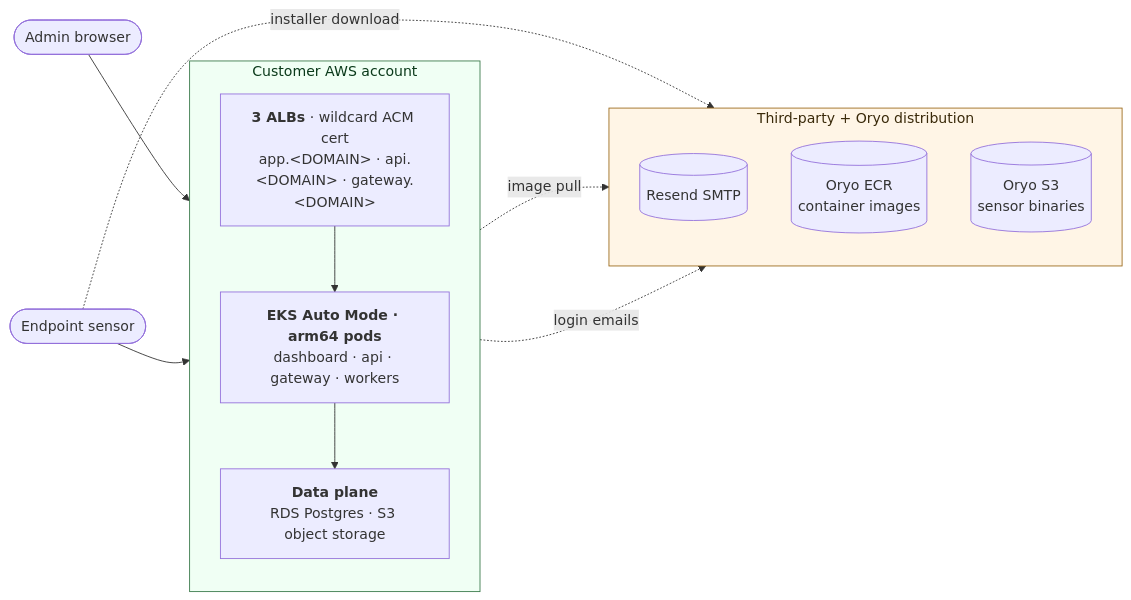
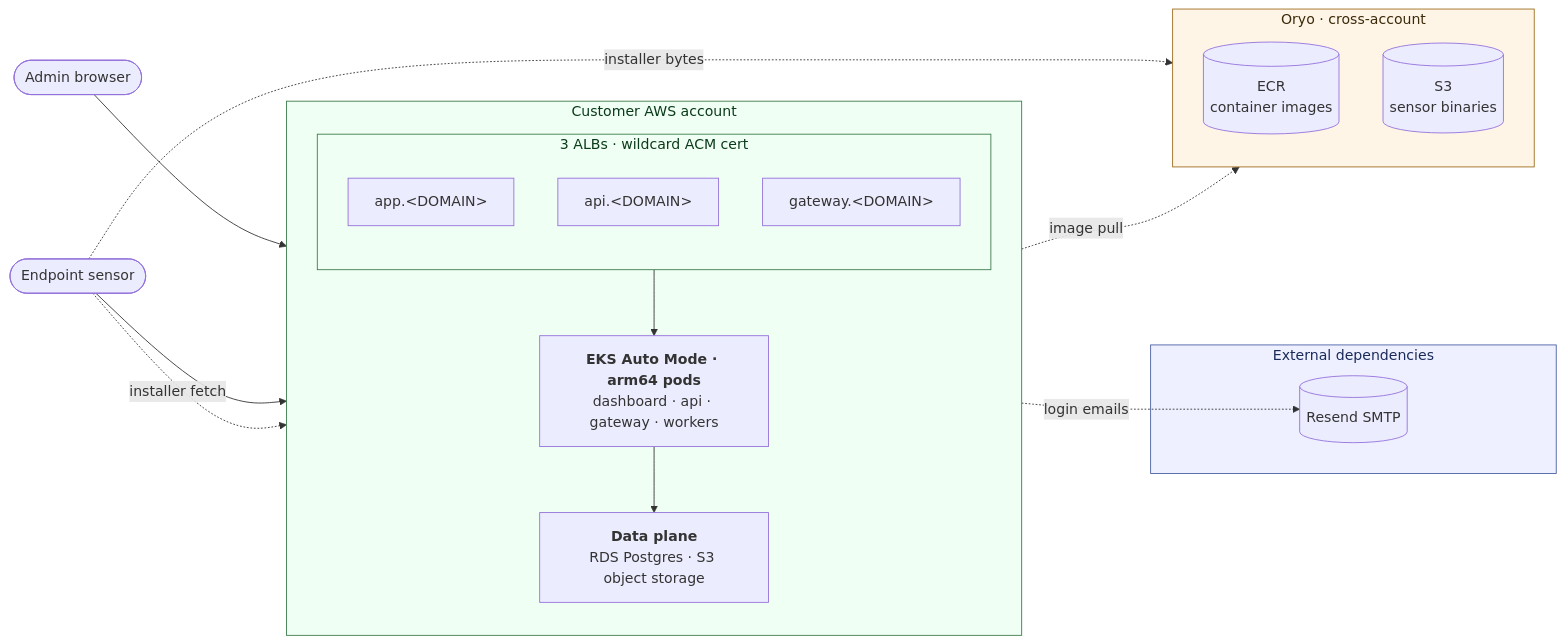
One commit to oryo-identity/oryo-private-deploy changed the diagram in customer/README.md. Above: the diagram before and after it, drawn with Mermaid. The commit also changed other lines of this file, not shown here.

Commit message:
README: diagram — split ALBs, separate Oryo from External dependencies
Per reviewer feedback:
- Split the single "3 ALBs" box back into 3 distinct ALB nodes so the
  diagram can show that admin browser only ever talks to app.<DOMAIN>,
  and the sensor's runtime vs install-time paths land on different
  subdomains (gateway vs api).
- Split "Third-party + Oryo distribution" into two boxes: External
  dependencies (Resend) and Oryo · cross-account (ECR + binaries S3).
  Resend is a customer-facing third party; Oryo's distribution surface
  is conceptually different.
- Two-hop installer flow now explicit: sensor → api.<DOMAIN> (fetch the
  install script) → sensor downloads bytes directly from Oryo S3.
- Tightened the "Reading the diagram" prose accordingly.

Verified locally with mmdc — clean LR layout, no crossing wires, only
one long line (sensor → installer bytes) that's clearly labeled.

````diff
--- a/customer/README.md
+++ b/customer/README.md
@@ -13,31 +13,42 @@
 ```mermaid
 flowchart LR
     BROWSER([Admin browser])
     SENSOR([Endpoint sensor])
 
     subgraph CUST["Customer AWS account"]
         direction TB
-        ING["<b>3 ALBs</b> · wildcard ACM cert<br/>app.&lt;DOMAIN&gt; · api.&lt;DOMAIN&gt; · gateway.&lt;DOMAIN&gt;"]
+        subgraph ING["3 ALBs · wildcard ACM cert"]
+            direction TB
+            ALB_APP[app.&lt;DOMAIN&gt;]
+            ALB_API[api.&lt;DOMAIN&gt;]
+            ALB_GW[gateway.&lt;DOMAIN&gt;]
+        end
         PODS["<b>EKS Auto Mode · arm64 pods</b><br/>dashboard · api · gateway · workers"]
         DATA["<b>Data plane</b><br/>RDS Postgres · S3 object storage"]
         ING --> PODS --> DATA
     end
 
-    subgraph THIRD["Third-party + Oryo distribution"]
-        direction TB
+    subgraph EXTDEPS["External dependencies"]
         RESEND[(Resend SMTP)]
-        ECR[(Oryo ECR<br/>container images)]
-        BIN[(Oryo S3<br/>sensor binaries)]
     end
 
-    BROWSER --> ING
-    SENSOR --> ING
+    subgraph ORYO["Oryo · cross-account"]
+        direction TB
+        ECR[(ECR<br/>container images)]
+        BIN[(S3<br/>sensor binaries)]
+    end
+
+    BROWSER --> ALB_APP
+    SENSOR --> ALB_GW
+    SENSOR -. installer fetch .-> ALB_API
+    SENSOR -. installer bytes .-> BIN
+    PODS -. login emails .-> RESEND
     PODS -. image pull .-> ECR
-    PODS -. login emails .-> RESEND
-    SENSOR -. installer download .-> BIN
 
     classDef cust fill:#f0fff4,stroke:#3a7a4a,color:#0a3a1a
-    classDef third fill:#fff5e6,stroke:#9c6b1d,color:#3a2a0a
-    class CUST cust
-    class THIRD third
+    classDef oryo fill:#fff5e6,stroke:#9c6b1d,color:#3a2a0a
+    classDef ext fill:#eef0ff,stroke:#4a5fa5,color:#1a2a5a
+    class CUST,ING cust
+    class ORYO oryo
+    class EXTDEPS ext
 ```
````
